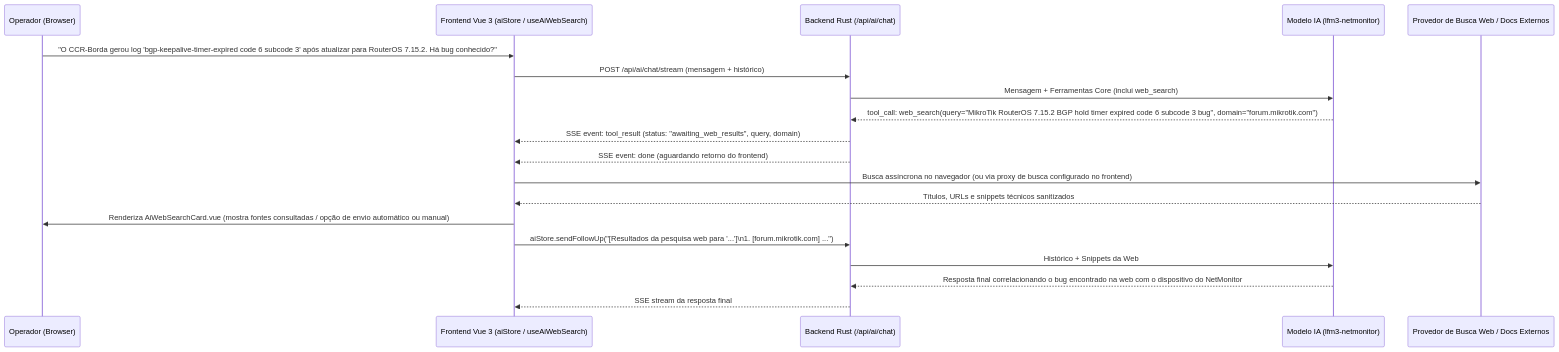
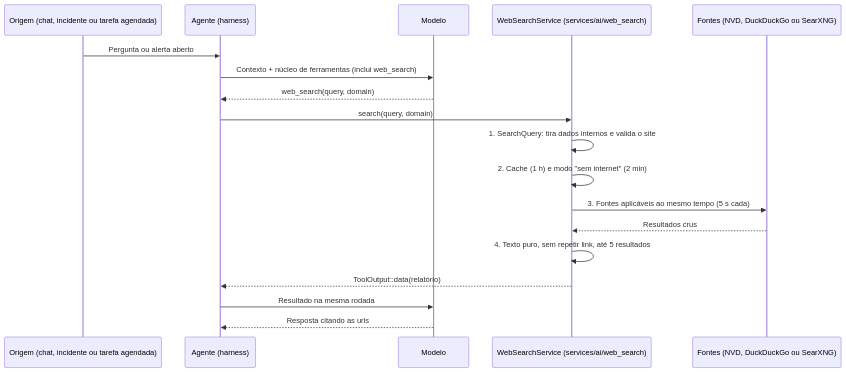
Before and after one commit to maxupunk/monitor-de-rede: the diagram in docs/pesquisa_web_ia_frontend.md, drawn with Mermaid. The commit also changed other lines of this file and 34 other files, not shown here.

First line of the commit message:
feat: Implement web search functionality in AI backend

````diff
--- a/docs/pesquisa_web_ia_frontend.md
+++ b/docs/pesquisa_web_ia_frontend.md
@@ -20,22 +22,21 @@
 ```mermaid
 sequenceDiagram
-    participant U as Operador (Browser)
-    participant FE as Frontend Vue 3 (aiStore / useAiWebSearch)
-    participant BE as Backend Rust (/api/ai/chat)
-    participant LLM as Modelo IA (lfm3-netmonitor)
-    participant WEB as Provedor de Busca Web / Docs Externos
+    participant SRC as Origem (chat, incidente ou tarefa agendada)
+    participant AG as Agente (harness)
+    participant LLM as Modelo
+    participant WS as WebSearchService (services/ai/web_search)
+    participant EXT as Fontes (NVD, DuckDuckGo ou SearXNG)
 
-    U->>FE: "O CCR-Borda gerou log 'bgp-keepalive-timer-expired code 6 subcode 3' após atualizar para RouterOS 7.15.2. Há bug conhecido?"
-    FE->>BE: POST /api/ai/chat/stream (mensagem + histórico)
-    BE->>LLM: Mensagem + Ferramentas Core (inclui web_search)
-    LLM-->>BE: tool_call: web_search(query="MikroTik RouterOS 7.15.2 BGP hold timer expired code 6 subcode 3 bug", domain="forum.mikrotik.com")
-    BE-->>FE: SSE event: tool_result (status: "awaiting_web_results", query, domain)
-    BE-->>FE: SSE event: done (aguardando retorno do frontend)
-    FE->>WEB: Busca assíncrona no navegador (ou via proxy de busca configurado no frontend)
-    WEB-->>FE: Títulos, URLs e snippets técnicos sanitizados
-    FE->>U: Renderiza AiWebSearchCard.vue (mostra fontes consultadas / opção de envio automático ou manual)
-    FE->>BE: aiStore.sendFollowUp("[Resultados da pesquisa web para '...']\n1. [forum.mikrotik.com] ...")
-    BE->>LLM: Histórico + Snippets da Web
-    LLM-->>BE: Resposta final correlacionando o bug encontrado na web com o dispositivo do NetMonitor
-    BE-->>FE: SSE stream da resposta final
+    SRC->>AG: Pergunta ou alerta aberto
+    AG->>LLM: Contexto + núcleo de ferramentas (inclui web_search)
+    LLM-->>AG: web_search(query, domain)
+    AG->>WS: search(query, domain)
+    WS->>WS: 1. SearchQuery: tira dados internos e valida o site
+    WS->>WS: 2. Cache (1 h) e modo "sem internet" (2 min)
+    WS->>EXT: 3. Fontes aplicáveis ao mesmo tempo (5 s cada)
+    EXT-->>WS: Resultados crus
+    WS->>WS: 4. Texto puro, sem repetir link, até 5 resultados
+    WS-->>AG: ToolOutput::data(relatório)
+    AG->>LLM: Resultado na mesma rodada
+    LLM-->>AG: Resposta citando as urls
 ```
````
